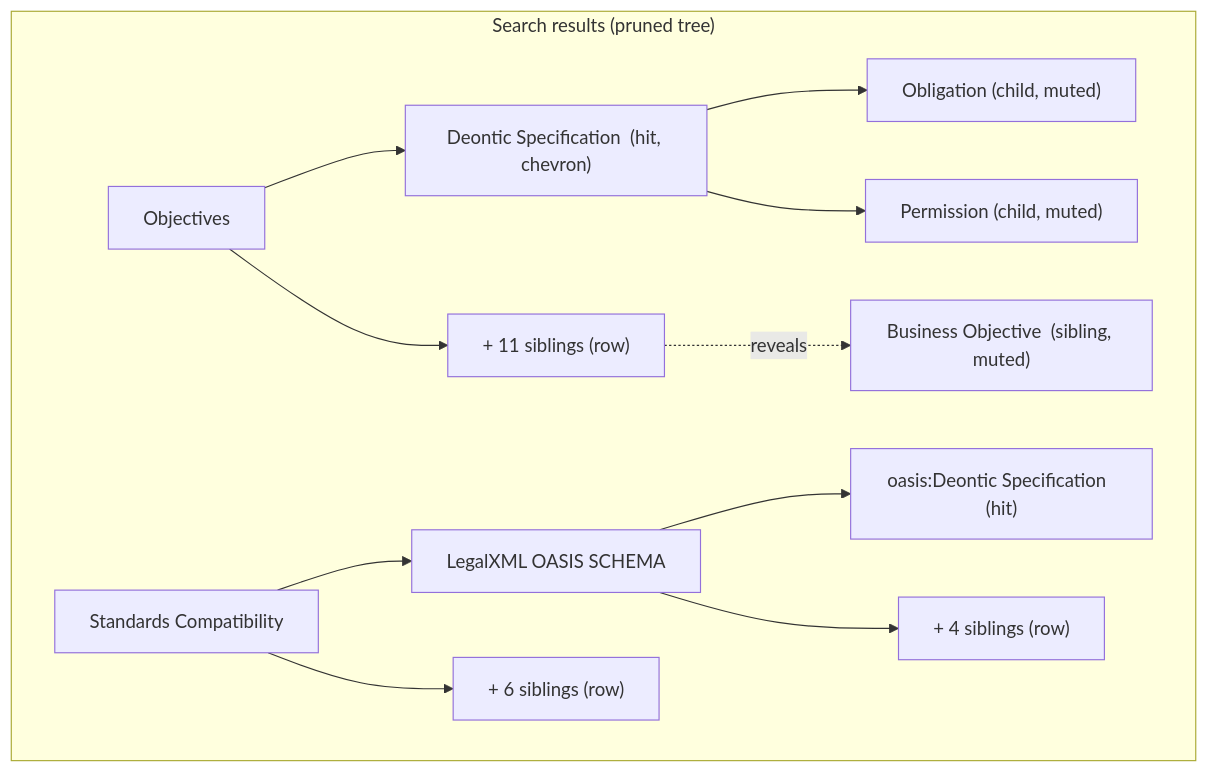
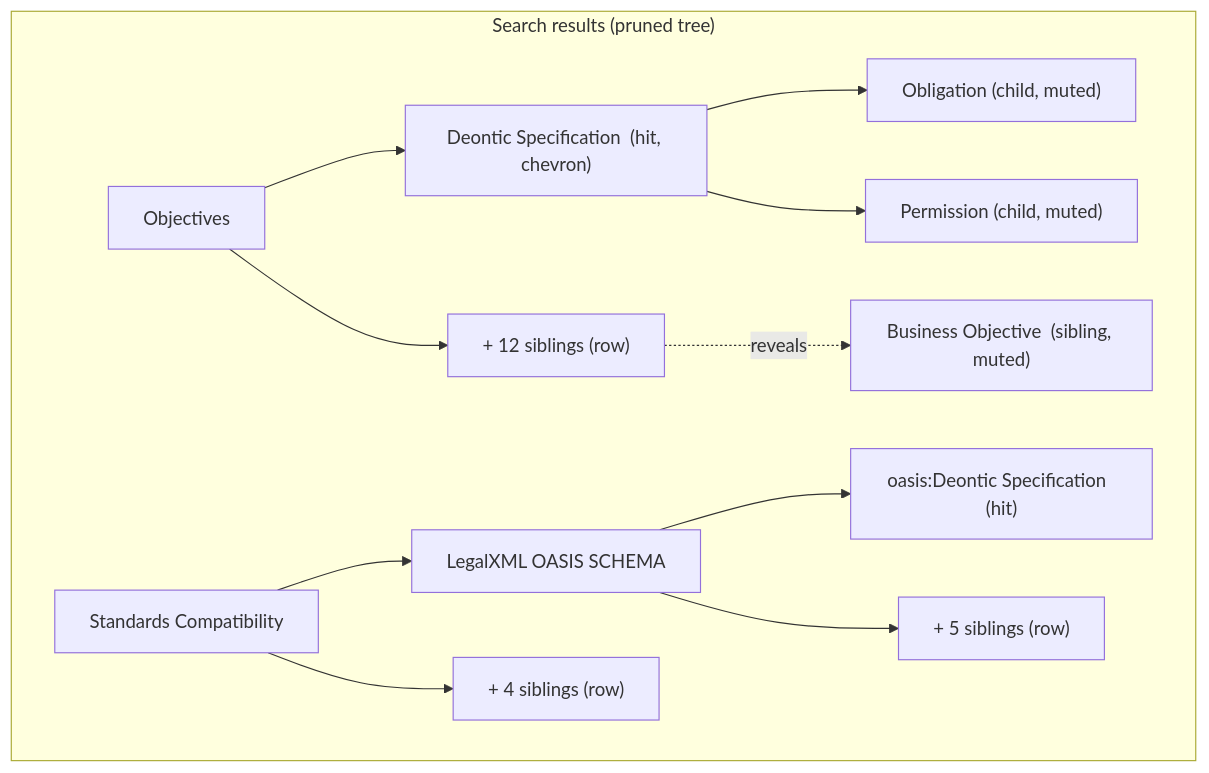
Before and after one commit to alea-institute/folio-api: the first of 3 diagrams in docs/plans/2026-09-19-1408-feat-search-results-navigable-tree-plan.md, drawn with Mermaid. The commit also changed other lines of this file, not shown here.

````diff
--- a/docs/plans/2026-09-19-1408-feat-search-results-navigable-tree-plan.md
+++ b/docs/plans/2026-09-19-1408-feat-search-results-navigable-tree-plan.md
@@ -82,25 +82,25 @@
 ```mermaid
 flowchart TB
   subgraph results["Search results (pruned tree)"]
     obj["Objectives"]
     hit1["Deontic Specification  (hit, chevron)"]
     c1["Obligation  (child, muted)"]
     c2["Permission  (child, muted)"]
-    more1["+ 11 siblings  (row)"]
+    more1["+ 12 siblings  (row)"]
     s1["Business Objective  (sibling, muted)"]
     sc["Standards Compatibility"]
     lx["LegalXML OASIS SCHEMA"]
     hit2["oasis:Deontic Specification  (hit)"]
-    more2["+ 4 siblings  (row)"]
-    more3["+ 6 siblings  (row)"]
+    more2["+ 5 siblings  (row)"]
+    more3["+ 4 siblings  (row)"]
   end
   obj --> hit1
   hit1 --> c1
   hit1 --> c2
   obj --> more1
   more1 -.reveals.-> s1
   sc --> lx
   lx --> hit2
   lx --> more2
   sc --> more3
 ```
````
